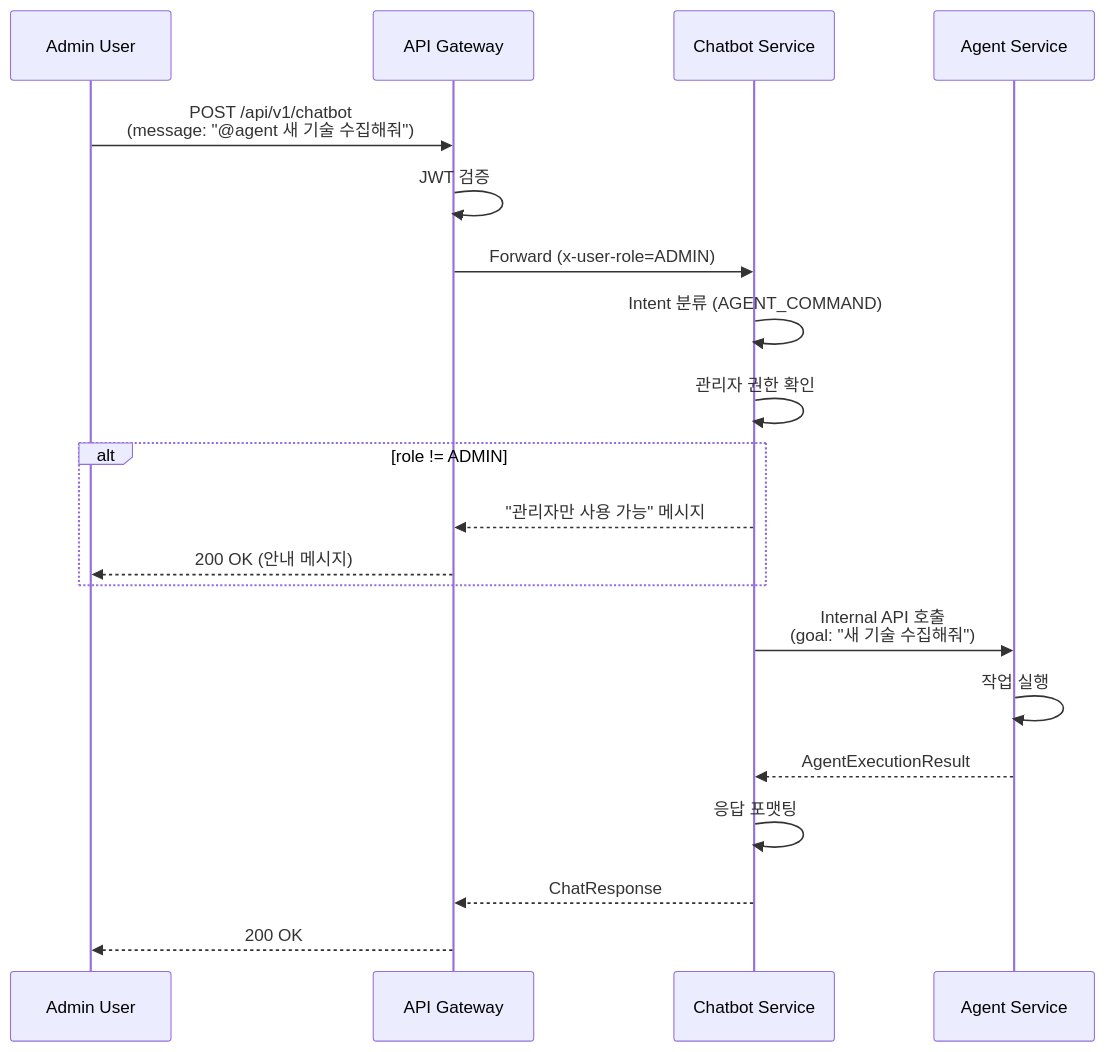
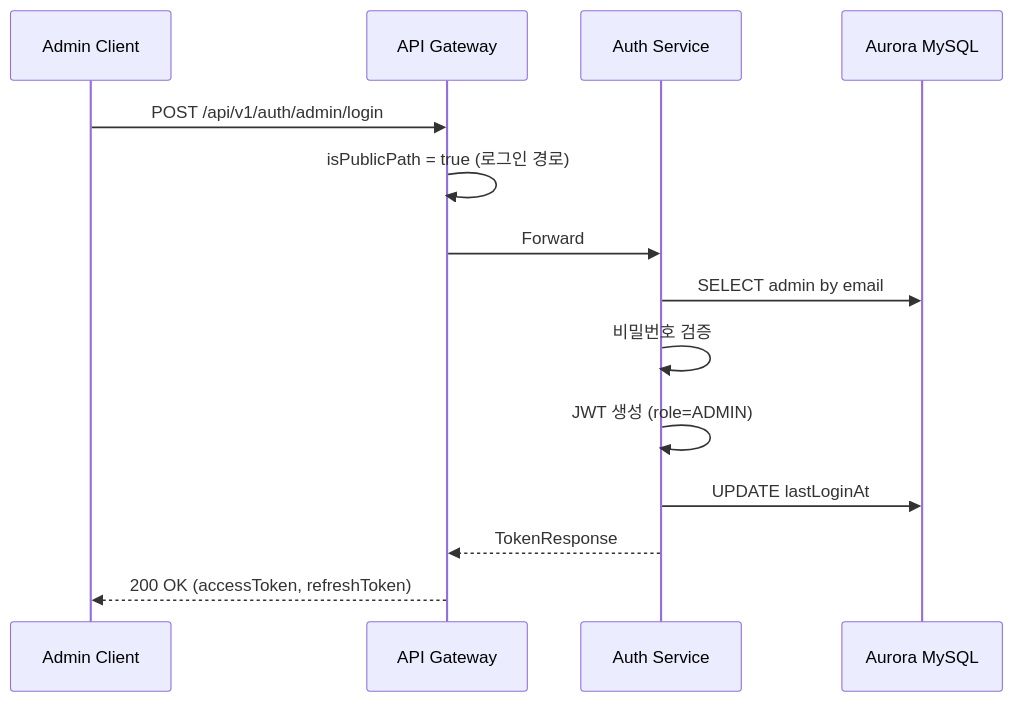
One commit to thswlsqls/tech-n-ai changed the second of 3 diagrams in docs/reference/admin-role-based-auth-design.md. Above: the diagram before and after it, drawn with Mermaid. The commit also changed other lines of this file and 6 other files, not shown here.

````diff
--- a/docs/reference/admin-role-based-auth-design.md
+++ b/docs/reference/admin-role-based-auth-design.md
@@ -942,26 +914,17 @@
 ```mermaid
 sequenceDiagram
-    participant User as Admin User
+    participant Admin as Admin Client
     participant Gateway as API Gateway
-    participant Chatbot as Chatbot Service
-    participant Agent as Agent Service
+    participant Auth as Auth Service
+    participant DB as Aurora MySQL
 
-    User->>Gateway: POST /api/v1/chatbot<br/>(message: "@agent 새 기술 수집해줘")
-    Gateway->>Gateway: JWT 검증
-    Gateway->>Chatbot: Forward (x-user-role=ADMIN)
-
-    Chatbot->>Chatbot: Intent 분류 (AGENT_COMMAND)
-    Chatbot->>Chatbot: 관리자 권한 확인
-
-    alt role != ADMIN
-        Chatbot-->>Gateway: "관리자만 사용 가능" 메시지
-        Gateway-->>User: 200 OK (안내 메시지)
-    end
-
-    Chatbot->>Agent: Internal API 호출<br/>(goal: "새 기술 수집해줘")
-    Agent->>Agent: 작업 실행
-    Agent-->>Chatbot: AgentExecutionResult
-    Chatbot->>Chatbot: 응답 포맷팅
-    Chatbot-->>Gateway: ChatResponse
-    Gateway-->>User: 200 OK
+    Admin->>Gateway: POST /api/v1/auth/admin/login
+    Gateway->>Gateway: isPublicPath = true (로그인 경로)
+    Gateway->>Auth: Forward
+    Auth->>DB: SELECT admin by email
+    Auth->>Auth: 비밀번호 검증
+    Auth->>Auth: JWT 생성 (role=ADMIN)
+    Auth->>DB: UPDATE lastLoginAt
+    Auth-->>Gateway: TokenResponse
+    Gateway-->>Admin: 200 OK (accessToken, refreshToken)
 ```
````
